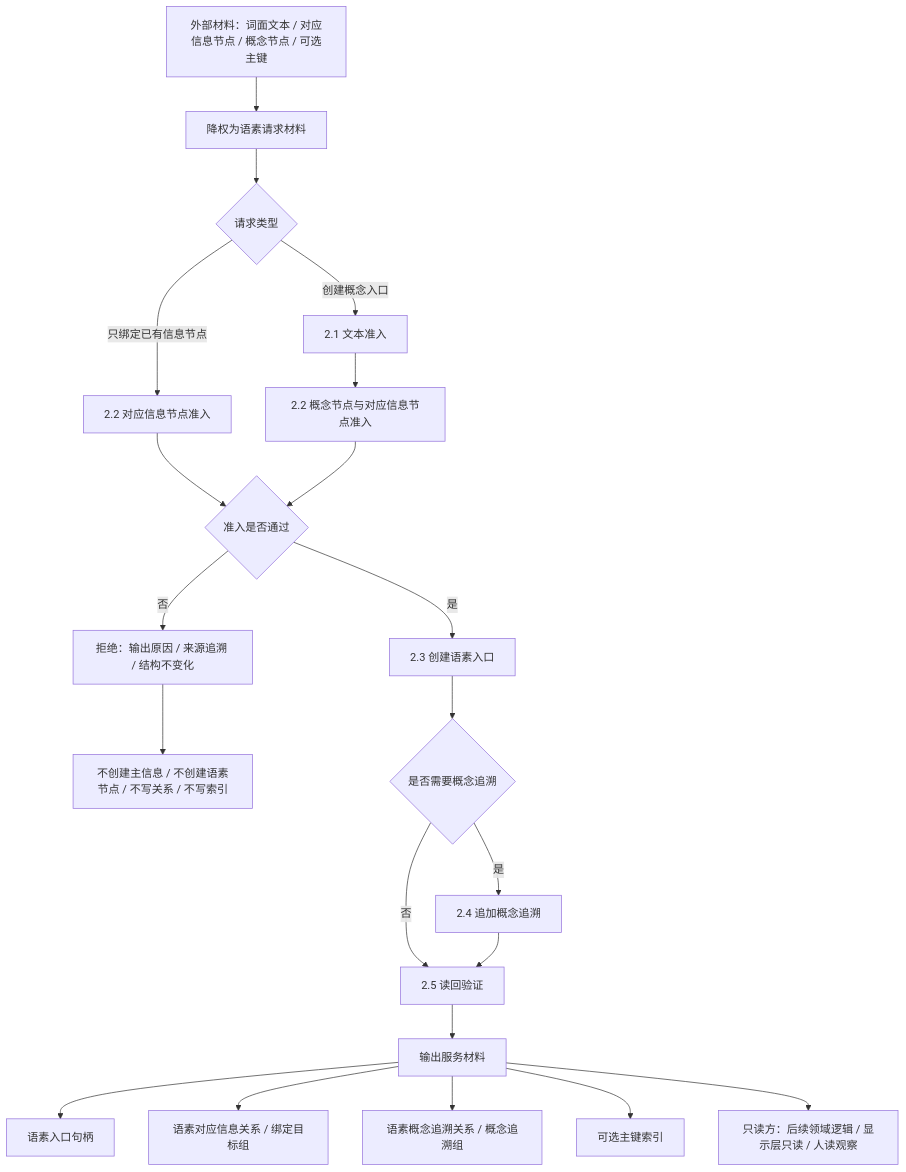
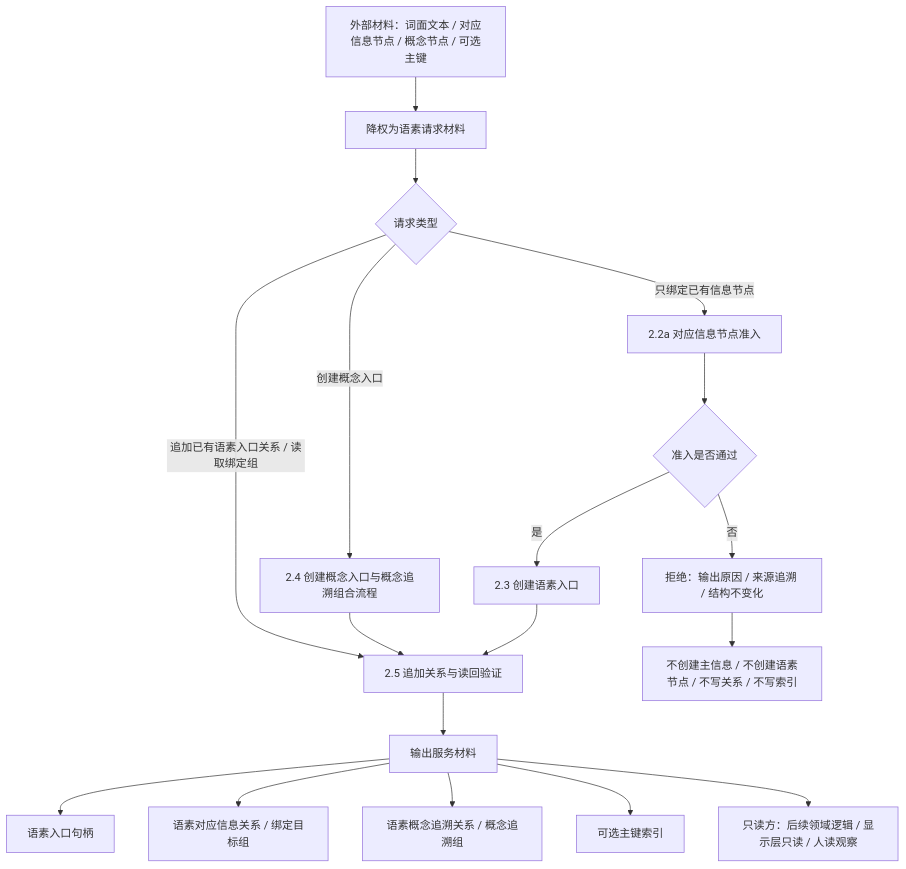
Before and after one commit to chunhaizh-cyber/HY-Ego: the diagram in 流程图/20260708_外部材料语素请求准入代码逻辑流程图_v0.1.md, drawn with Mermaid. The commit also changed other lines of this file and 13 other files, not shown here.

Commit message:
小修语素入口材料流程图

````diff
--- a/流程图/20260708_外部材料语素请求准入代码逻辑流程图_v0.1.md
+++ b/流程图/20260708_外部材料语素请求准入代码逻辑流程图_v0.1.md
@@ -26,23 +26,20 @@
 ```mermaid
 flowchart TD
     A["外部材料：词面文本 / 对应信息节点 / 概念节点 / 可选主键"] --> B["降权为语素请求材料"]
     B --> C{"请求类型"}
-    C -- "只绑定已有信息节点" --> D["2.2 对应信息节点准入"]
-    C -- "创建概念入口" --> E["2.1 文本准入"]
-    E --> F["2.2 概念节点与对应信息节点准入"]
+    C -- "只绑定已有信息节点" --> D["2.2a 对应信息节点准入"]
+    C -- "创建概念入口" --> E["2.4 创建概念入口与概念追溯组合流程"]
+    C -- "追加已有语素入口关系 / 读取绑定组" --> K["2.5 追加关系与读回验证"]
     D --> G{"准入是否通过"}
-    F --> G
+    E --> K
     G -- "否" --> R["拒绝：输出原因 / 来源追溯 / 结构不变化"]
     R --> R1["不创建主信息 / 不创建语素节点 / 不写关系 / 不写索引"]
     G -- "是" --> H["2.3 创建语素入口"]
-    H --> I{"是否需要概念追溯"}
-    I -- "是" --> J["2.4 追加概念追溯"]
-    I -- "否" --> K["2.5 读回验证"]
-    J --> K
+    H --> K
     K --> L["输出服务材料"]
     L --> L1["语素入口句柄"]
     L --> L2["语素对应信息关系 / 绑定目标组"]
     L --> L3["语素概念追溯关系 / 概念追溯组"]
     L --> L4["可选主键索引"]
     L --> M["只读方：后续领域逻辑 / 显示层只读 / 人读观察"]
 ```
````
